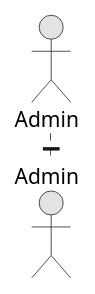
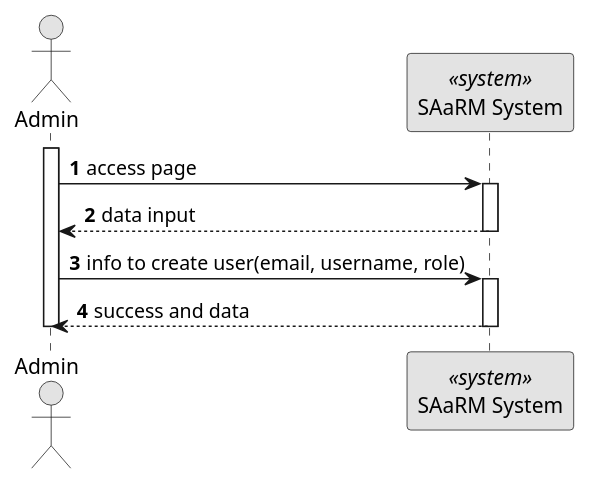
Before and after one commit to Ana-Miguel-Silva/SurgicalAppointmentAndResourceManagement: the diagram in docs/BackofficeModule/5.1.1/sequence-diagram-1.puml, drawn with PlantUML. The commit also changed 10 other files, not shown here.

```diff
--- a/docs/BackofficeModule/5.1.1/sequence-diagram-1.puml
+++ b/docs/BackofficeModule/5.1.1/sequence-diagram-1.puml
@@ -1,21 +1,26 @@
-@startuml name 
+@startuml 5.1.1
 skinparam monochrome true
 skinparam packageStyle rectangle
 skinparam shadowing false
 
 autonumber
 
-'hide footbox
 actor "Admin" as AD
-'participant ":ListApplicationsByOpeningUI" as UI <<presentation>>
-'control ":ListApplicationsByOpeningController" as CTRL <<application>>
-'participant ":RepositoryFactory" as Fact <<factory>>
-'participant ":JobOpeningRepository" as OpeningRepo <<repository>>
-'participant ":JobApplicationRepository" as ApplicationRepo <<repository>>
+participant "SAaRM System" as SYS <<system>>
+
 activate AD
+AD -> SYS: access page
+activate SYS
+SYS --> AD : data input
+deactivate SYS
+AD -> SYS : info to create user(email, username, role)
+activate SYS
+SYS --> AD : success and data
 
+deactivate SYS
 
 deactivate AD
 
 
+
 @enduml
```
